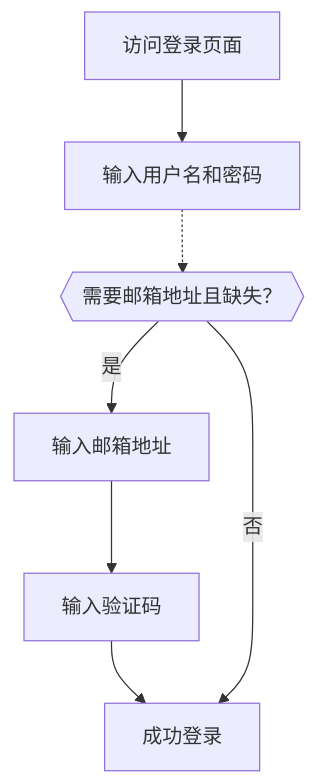
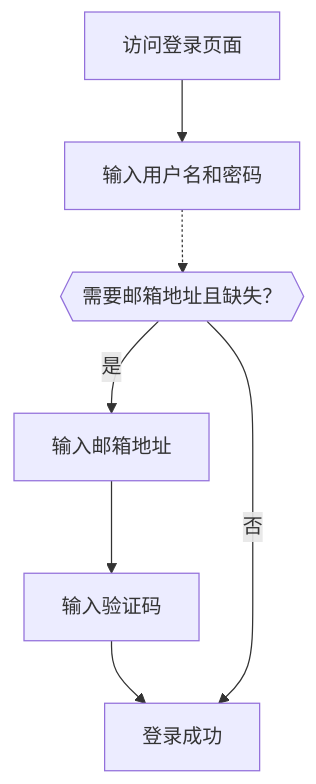
Before and after one commit to logto-io/docs: the diagram in i18n/zh-CN/docusaurus-plugin-content-docs/current/end-user-flows/sign-up-and-sign-in/sign-in.mdx, drawn with Mermaid. The commit also changed other lines of this file and 200 other files, not shown here.

````diff
--- a/i18n/zh-CN/docusaurus-plugin-content-docs/current/end-user-flows/sign-up-and-sign-in/sign-in.mdx
+++ b/i18n/zh-CN/docusaurus-plugin-content-docs/current/end-user-flows/sign-up-and-sign-in/sign-in.mdx
@@ -90,9 +91,9 @@
 ```mermaid
 flowchart TD
     A[访问登录页面] --> B[输入用户名和密码]
     B -.-> C{{需要邮箱地址且缺失？}}
     C -->|是| D[输入邮箱地址]
     D --> E[输入验证码]
-    E --> F[成功登录]
+    E --> F[登录成功]
     C --> |否| F
 ```
````
